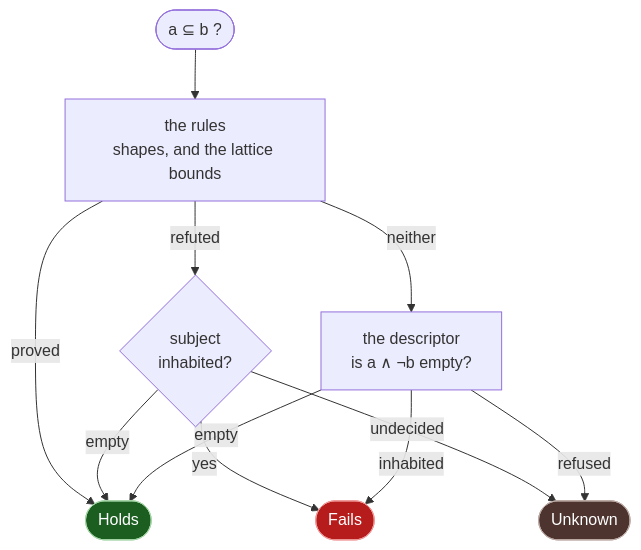
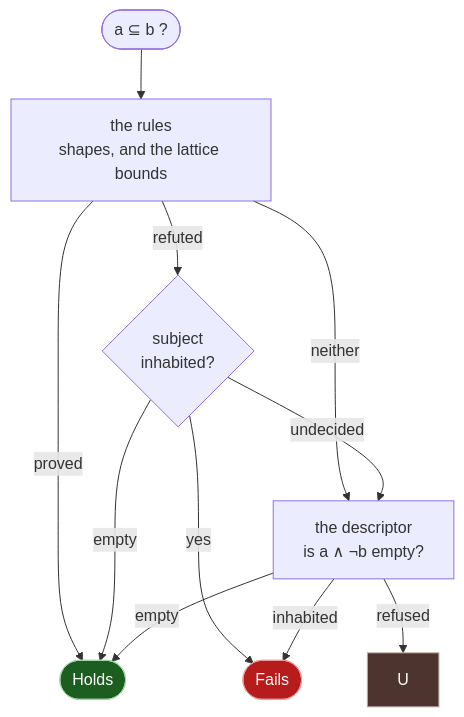
Before and after one commit to ppigazzini/valgebra: the diagram in docs/dev/02-decision.md, drawn with Mermaid. The commit also changed other lines of this file and 47 other files, not shown here.

````diff
--- a/docs/dev/02-decision.md
+++ b/docs/dev/02-decision.md
@@ -40,20 +40,20 @@
 ```mermaid
 flowchart TD
     Q(["a ⊆ b ?"]) --> RULES["the rules<br/>shapes, and the lattice bounds"]
     RULES -->|refuted| W{"subject<br/>inhabited?"}
     RULES -->|neither| DESC["the descriptor<br/>is a ∧ ¬b empty?"]
     RULES -->|proved| H([Holds])
     W -->|empty| H
     W -->|yes| F([Fails])
-    W -->|undecided| U([Unknown])
+    W -->|undecided| DESC
     DESC -->|empty| H
     DESC -->|inhabited| F
     DESC -->|refused| U
 
     classDef proof fill:#1b5e20,stroke:#a5d6a7,color:#ffffff
     classDef refute fill:#b71c1c,stroke:#ef9a9a,color:#ffffff
     classDef decline fill:#4e342e,stroke:#bcaaa4,color:#ffffff
     class H proof
     class F refute
     class U decline
 ```
````
